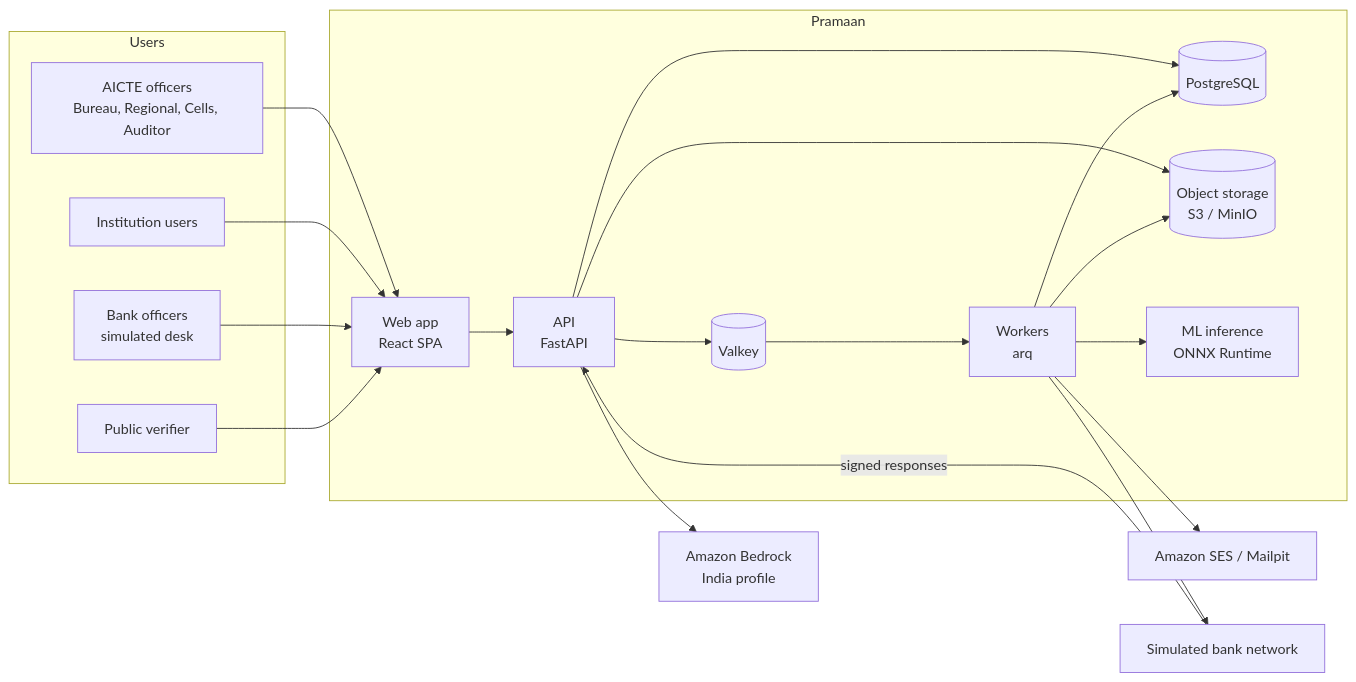
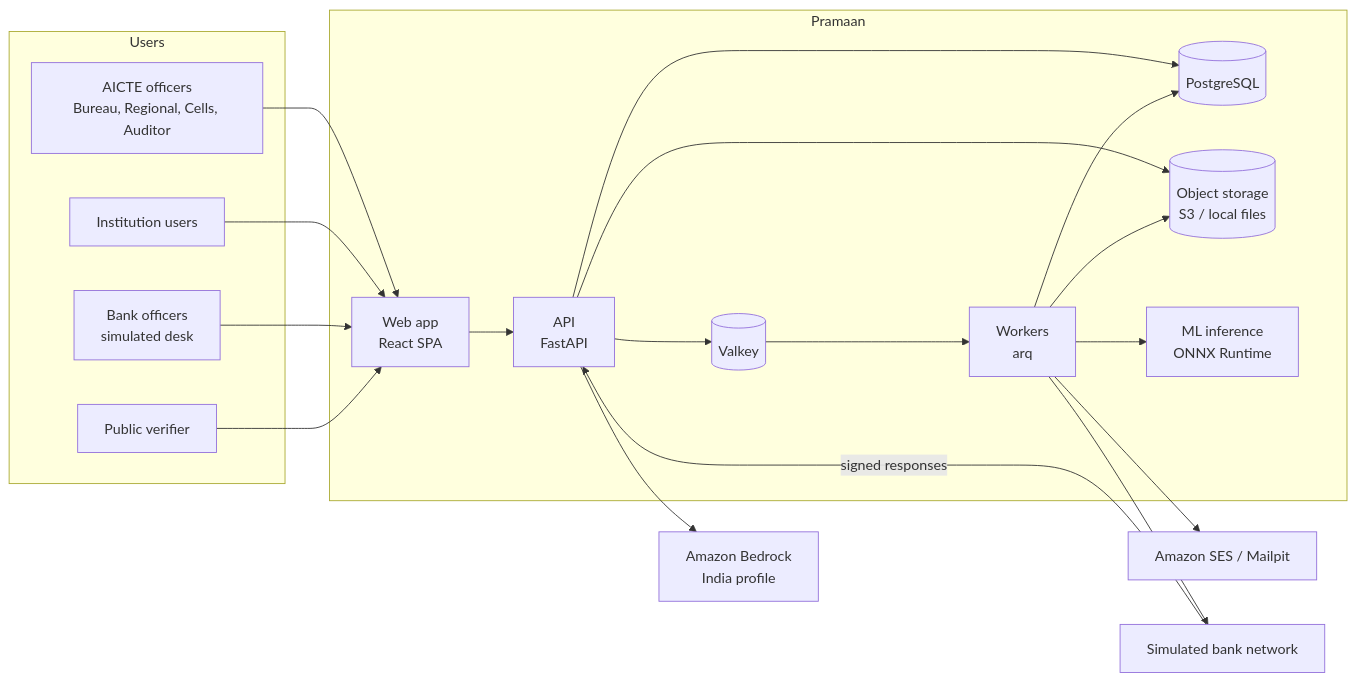
The first of 4 diagrams in ARCHITECTURE.md (shreyassridhar44/Pramaan), drawn with Mermaid before and after one commit. The commit also changed other lines of this file and 42 other files, not shown here.

````diff
--- a/ARCHITECTURE.md
+++ b/ARCHITECTURE.md
@@ -7,28 +7,28 @@
 ```mermaid
 flowchart LR
   subgraph Users
     O[AICTE officers<br/>Bureau, Regional, Cells, Auditor]
     I[Institution users]
     B[Bank officers<br/>simulated desk]
     P[Public verifier]
   end
   subgraph Pramaan
     WEB[Web app<br/>React SPA]
     API[API<br/>FastAPI]
     WK[Workers<br/>arq]
     DB[(PostgreSQL)]
     RQ[(Valkey)]
-    OBJ[(Object storage<br/>S3 / MinIO)]
+    OBJ[(Object storage<br/>S3 / local files)]
     ML[ML inference<br/>ONNX Runtime]
   end
   BR[Amazon Bedrock<br/>India profile]
   SES[Amazon SES / Mailpit]
   SBN[Simulated bank network]
 
   O & I & B & P --> WEB --> API
   API --> DB & RQ & OBJ
   API --> BR
   RQ --> WK
   WK --> ML & DB & OBJ & SES & SBN
   SBN -- signed responses --> API
 ```
````
